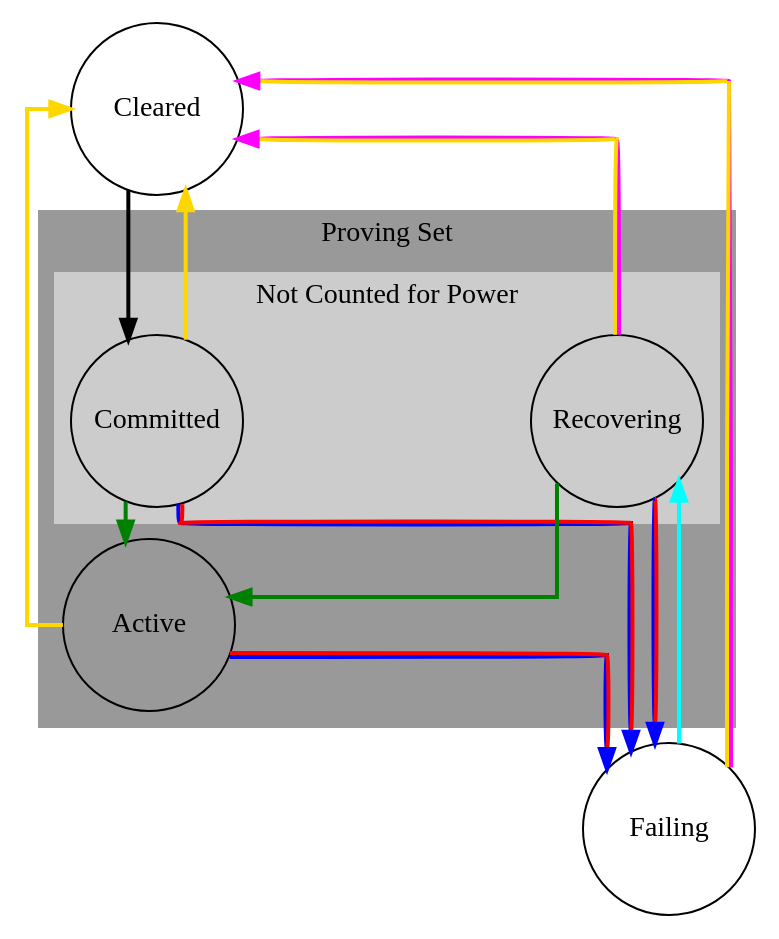
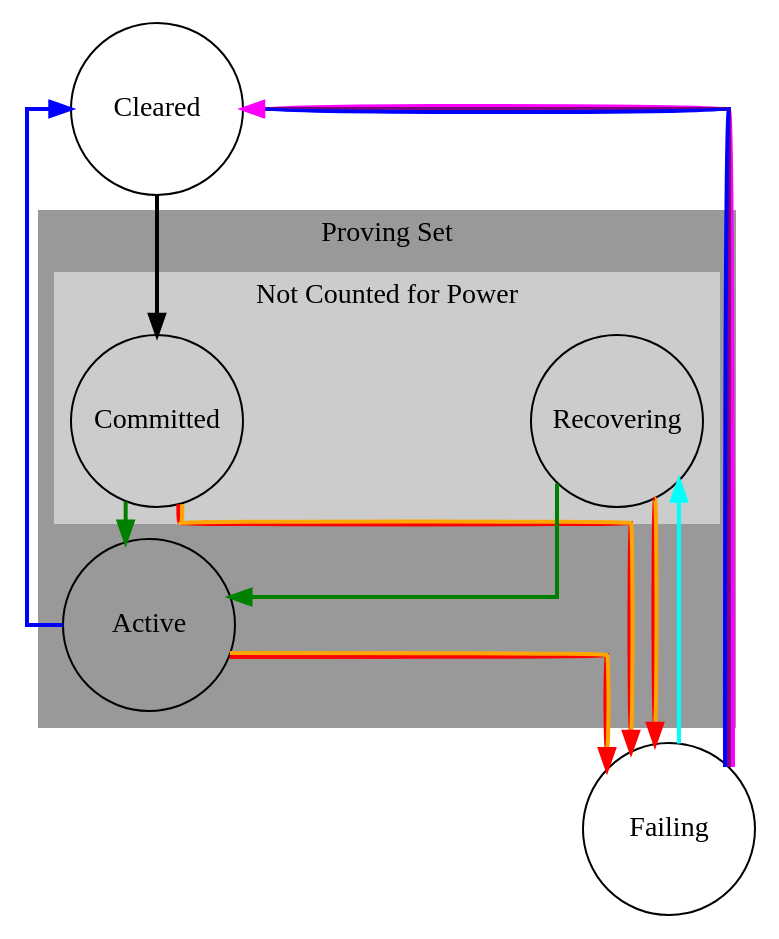
The diagram in src/systems/filecoin_mining/storage_mining/diagrams/sector_state.dot (filecoin-project/specs), drawn with Graphviz before and after one commit. The commit also changed 5 other files, not shown here.

Commit message:
add CronAction and sm helpers

```diff
--- a/src/systems/filecoin_mining/storage_mining/diagrams/sector_state.dot
+++ b/src/systems/filecoin_mining/storage_mining/diagrams/sector_state.dot
@@ -1,45 +1,59 @@
 digraph sectoRecovering {
   Compound=true
   splines=ortho
   ranksep=0.2
   nodesep=2
   node [shape=circle width=1.2 fixedsize=true]
   edge [penwidth=2]
   Cleared
   subgraph cluster_0 {
       label="Proving Set"
       style=filled
       color=grey60
      Committed
      Active
      Recovering
 
      subgraph cluster_1 {
          label="Not Counted for Power"
          style=filled
          color=grey80
          Committed
          Recovering
      }
   }
 
   // black: sm.CommitSector
   // green: sm.SubmitPoSt - ActivateSectors
-  // blue: sm.DeclareFaults
-  // red: ca.CronTick -> sm.SpottedFaults
-  // gold: sm.SubmitPoSt/ca.CronTick - ExpireSectors
-  // magenta: sm.SubmitPoSt/ca.CronTick - MaxFaultCount
+  // orange: sm.DeclareFaults - sm.FailSector
+  // red: sm.CronAction - sm.FailSector
   // cyan: sm.RecoverFaults
+  // blue: sm.SubmitPoSt - Expiration - ClearSector
+  // magenta: sm.SubmitPoSt - MaxFCount - ClearSector
+  // purple: sm.CronAction - MaxFCount - ClearSector
+
   Cleared -> Committed [color="black"]
   Committed -> Active [color="green"]
-  Active -> Failing [color="blue:red"]
-  Recovering -> Cleared [constraint=false color="magenta:gold"]
+  Recovering -> Active [color="green"]
+
+  // either declare Fault or miss PoSt
+  Active -> Failing [color="red:orange"]
+
+  // only miss PoSt, otherwise PoSt will move Recovering to Active
+  // Recovering -> Cleared [constraint=false color="magenta"]
+  // only miss PoSt, otherwise PoSt will move Committed to Active
+  // Committed -> Cleared [constraint=false color="magenta"]
+
   Failing -> Recovering [constraint=false color="cyan"]
-  Failing -> Cleared [constraint=false color="magenta:gold"]
-  Recovering -> Active [color="green"]
-  Committed -> Cleared [constraint=false color="gold"]
-  Committed -> Failing [color="blue:red"]
-  Active -> Cleared [constraint=false color="gold"]
-  Recovering -> Failing [color="blue:red"]
+
+  // only submit PoSt and expire, otherwise will move to Failing
+  Active -> Cleared [constraint=false color="blue"]
+
+  // either miss PoSt (MFC) or submit PoSt (still in FaultSet) expire/MFC
+  Failing -> Cleared [constraint=false color="magenta:purple:blue"]
+
+  // either declare fault or miss PoSt
+  Committed -> Failing [color="red:orange"]
+  Recovering -> Failing [color="red:orange"]
 
 }
```
